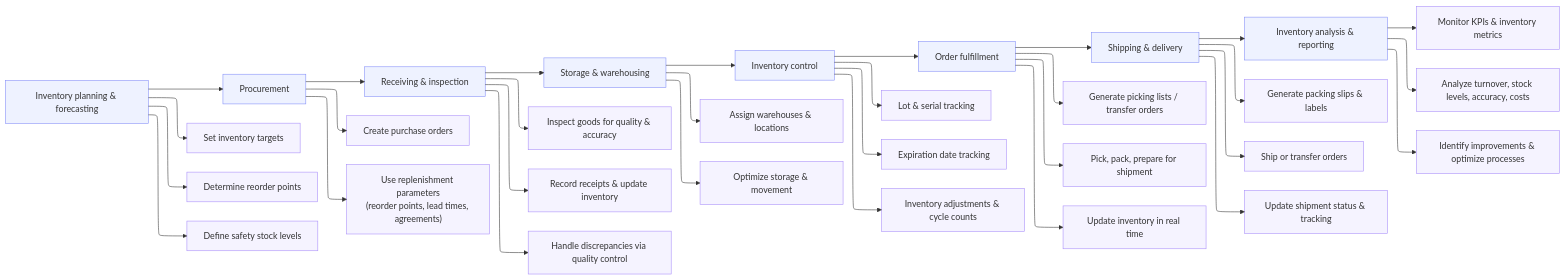
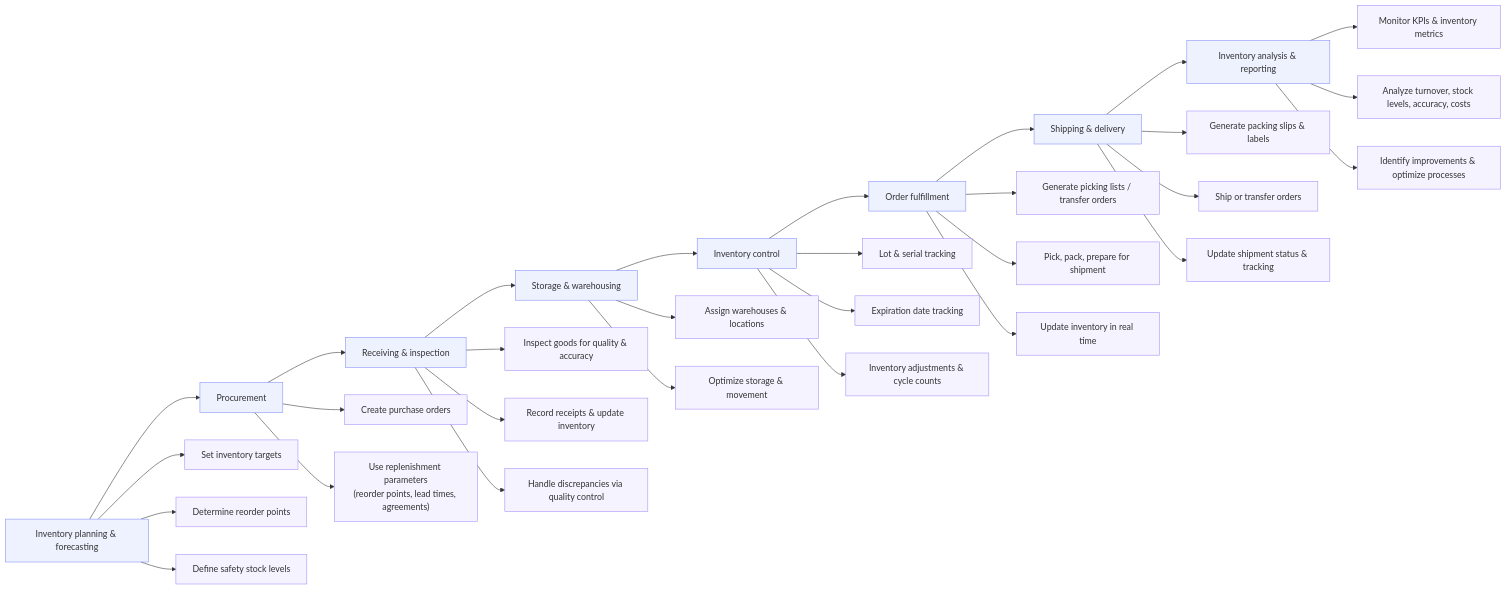
Before and after one commit to FabricProject161/fabric-learning: the second of 2 diagrams in docs/diagrams/supply chain/planning & operations/inventory management/README.md, drawn with Mermaid.

````diff
--- a/docs/diagrams/supply chain/planning & operations/inventory management/README.md
+++ b/docs/diagrams/supply chain/planning & operations/inventory management/README.md
@@ -27,49 +27,49 @@
 ```mermaid
 ---
 config:
-  layout: elk
+  layout: dagre
 ---
 flowchart LR
     A[Inventory planning & forecasting] --> B[Procurement]
     B --> C[Receiving & inspection]
     C --> D[Storage & warehousing]
     D --> E[Inventory control]
     E --> F[Order fulfillment]
     F --> G[Shipping & delivery]
     G --> H[Inventory analysis & reporting]
 
     A --> A1[Set inventory targets]
     A --> A2[Determine reorder points]
     A --> A3[Define safety stock levels]
 
     B --> B1[Create purchase orders]
     B --> B2["Use replenishment parameters<br/>(reorder points, lead times, agreements)"]
 
     C --> C1[Inspect goods for quality & accuracy]
     C --> C2[Record receipts & update inventory]
     C --> C3[Handle discrepancies via quality control]
 
     D --> D1[Assign warehouses & locations]
     D --> D2[Optimize storage & movement]
 
     E --> E1[Lot & serial tracking]
     E --> E2[Expiration date tracking]
     E --> E3[Inventory adjustments & cycle counts]
 
     F --> F1[Generate picking lists / transfer orders]
     F --> F2[Pick, pack, prepare for shipment]
     F --> F3[Update inventory in real time]
 
     G --> G1[Generate packing slips & labels]
     G --> G2[Ship or transfer orders]
     G --> G3[Update shipment status & tracking]
 
     H --> H1[Monitor KPIs & inventory metrics]
     H --> H2[Analyze turnover, stock levels, accuracy, costs]
     H --> H3[Identify improvements & optimize processes]
 
     classDef stageMain stroke:#818cf8,fill:#eef2ff
     classDef stageDetail stroke:#a78bfa,fill:#f5f3ff
     class A,B,C,D,E,F,G,H stageMain
     class A1,A2,A3,B1,B2,C1,C2,C3,D1,D2,E1,E2,E3,F1,F2,F3,G1,G2,G3,H1,H2,H3 stageDetail
 ```
````
